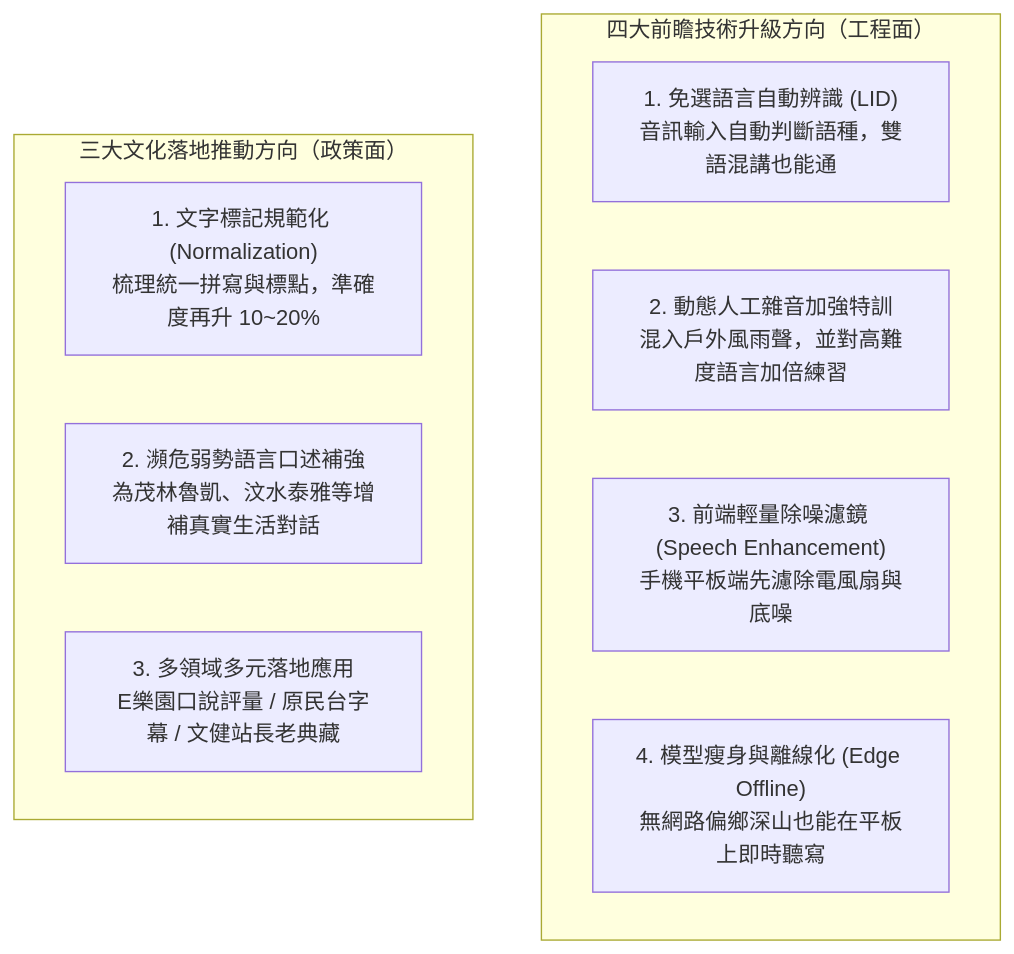
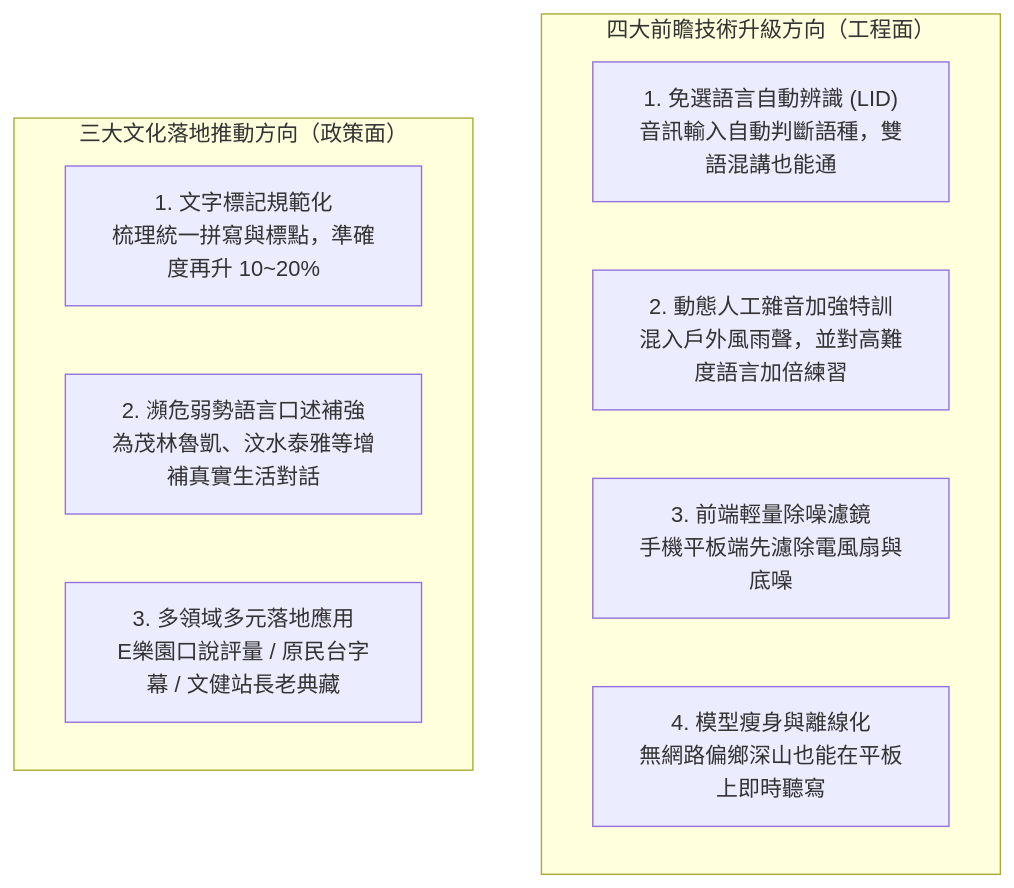
Before and after one commit to Voxmosa/Formosan-AI-Reports: the sixth of 6 diagrams in reports/2026-09-08/asr_simplified_report.md, drawn with Mermaid. The commit also changed other lines of this file and 4 other files, not shown here.

````diff
--- a/reports/2026-09-08/asr_simplified_report.md
+++ b/reports/2026-09-08/asr_simplified_report.md
@@ -285,14 +284,14 @@
 ```mermaid
 flowchart TD
     subgraph Tech ["四大前瞻技術升級方向（工程面）"]
         T1["1. 免選語言自動辨識 (LID)<br/>音訊輸入自動判斷語種，雙語混講也能通"]
         T2["2. 動態人工雜音加強特訓<br/>混入戶外風雨聲，並對高難度語言加倍練習"]
-        T3["3. 前端輕量除噪濾鏡 (Speech Enhancement)<br/>手機平板端先濾除電風扇與底噪"]
-        T4["4. 模型瘦身與離線化 (Edge Offline)<br/>無網路偏鄉深山也能在平板上即時聽寫"]
+        T3["3. 前端輕量除噪濾鏡<br/>手機平板端先濾除電風扇與底噪"]
+        T4["4. 模型瘦身與離線化<br/>無網路偏鄉深山也能在平板上即時聽寫"]
     end
     subgraph Policy ["三大文化落地推動方向（政策面）"]
-        P1["1. 文字標記規範化 (Normalization)<br/>梳理統一拼寫與標點，準確度再升 10~20%"]
+        P1["1. 文字標記規範化<br/>梳理統一拼寫與標點，準確度再升 10~20%"]
         P2["2. 瀕危弱勢語言口述補強<br/>為茂林魯凱、汶水泰雅等增補真實生活對話"]
         P3["3. 多領域多元落地應用<br/>E樂園口說評量 / 原民台字幕 / 文健站長老典藏"]
     end
 ```
````
